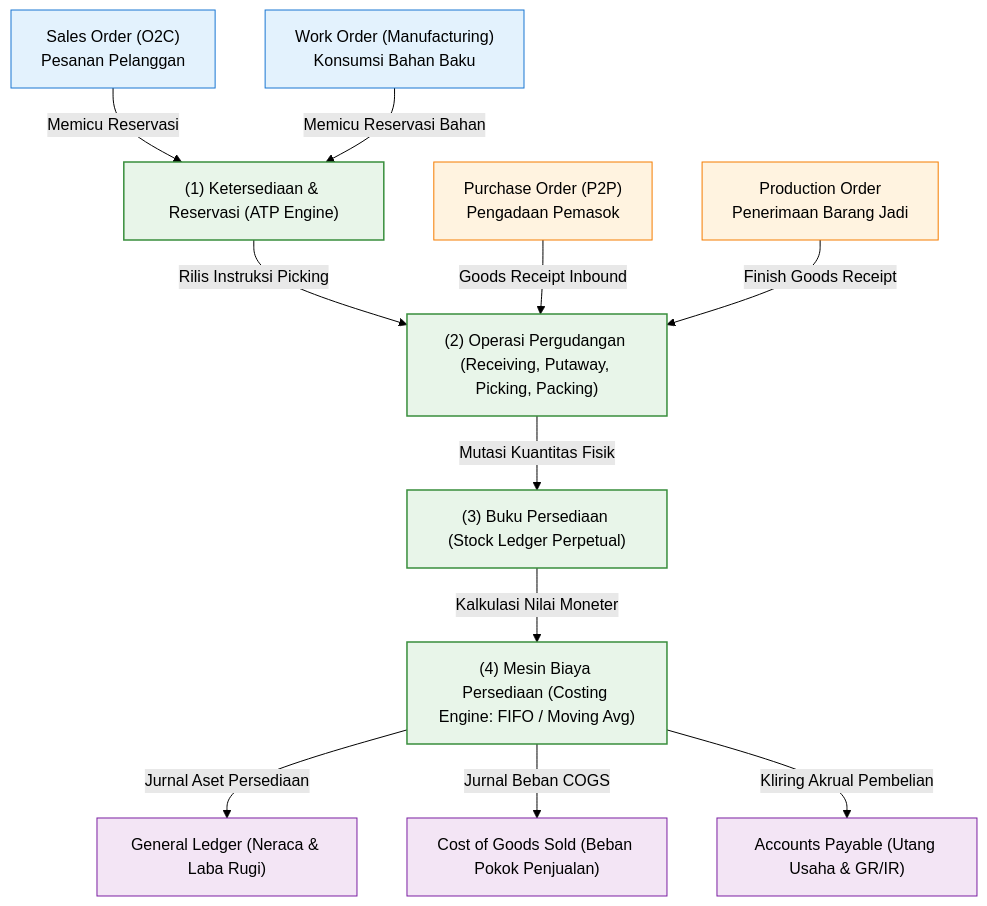
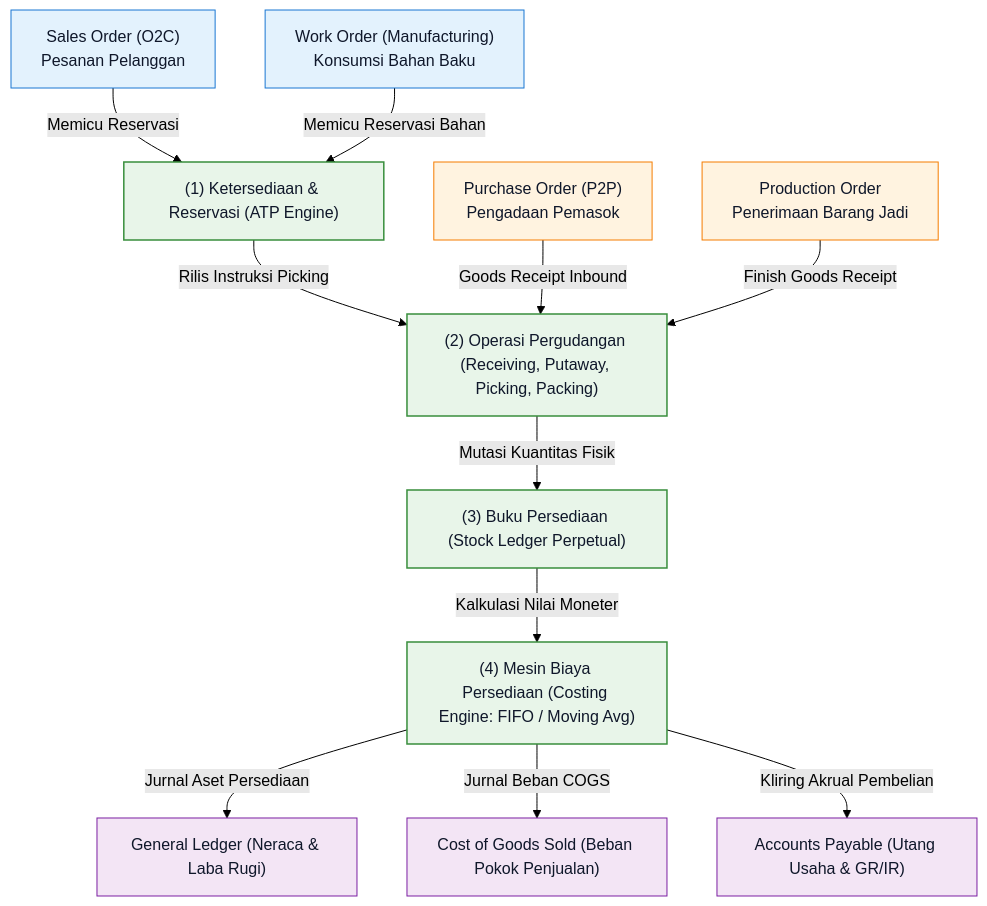
The first of 2 diagrams in content/05-inventory/inventory-integration.md (alimurrofid/erp-notes), drawn with Mermaid (forest theme) before and after one commit. The commit also changed 15 other files, not shown here.

Commit message:
fix(content):Mermaid classDef darkmode text color

````diff
--- a/content/05-inventory/inventory-integration.md
+++ b/content/05-inventory/inventory-integration.md
@@ -30,41 +30,41 @@
 ```mermaid
 flowchart TD
     SO["Sales Order (O2C)<br/>Pesanan Pelanggan"]
     WO["Work Order (Manufacturing)<br/>Konsumsi Bahan Baku"]
 
     PO["Purchase Order (P2P)<br/>Pengadaan Pemasok"]
     PROD["Production Order<br/>Penerimaan Barang Jadi"]
 
     ATP["(1) Ketersediaan & Reservasi (ATP Engine)"]
     WM["(2) Operasi Pergudangan (Receiving, Putaway, Picking, Packing)"]
     Ledger["(3) Buku Persediaan (Stock Ledger Perpetual)"]
     Valuation["(4) Mesin Biaya Persediaan (Costing Engine: FIFO / Moving Avg)"]
 
     GL["General Ledger (Neraca & Laba Rugi)"]
     AP["Accounts Payable (Utang Usaha & GR/IR)"]
     COGS["Cost of Goods Sold (Beban Pokok Penjualan)"]
 
     SO -->|"Memicu Reservasi"| ATP
     WO -->|"Memicu Reservasi Bahan"| ATP
     ATP -->|"Rilis Instruksi Picking"| WM
     
     PO -->|"Goods Receipt Inbound"| WM
     PROD -->|"Finish Goods Receipt"| WM
     
     WM -->|"Mutasi Kuantitas Fisik"| Ledger
     Ledger -->|"Kalkulasi Nilai Moneter"| Valuation
     
     Valuation -->|"Jurnal Aset Persediaan"| GL
     Valuation -->|"Jurnal Beban COGS"| COGS
     Valuation -->|"Kliring Akrual Pembelian"| AP
 
-    classDef demand fill:#e3f2fd,stroke:#1976d2,stroke-width:1px;
-    classDef supply fill:#fff3e0,stroke:#f57c00,stroke-width:1px;
-    classDef core fill:#e8f5e9,stroke:#388e3c,stroke-width:1.5px;
-    classDef fin fill:#f3e5f5,stroke:#7b1fa2,stroke-width:1px;
+    classDef demand fill:#e3f2fd,stroke:#1976d2,stroke-width:1px,color:#0f172a;
+    classDef supply fill:#fff3e0,stroke:#f57c00,stroke-width:1px,color:#0f172a;
+    classDef core fill:#e8f5e9,stroke:#388e3c,stroke-width:1.5px,color:#0f172a;
+    classDef fin fill:#f3e5f5,stroke:#7b1fa2,stroke-width:1px,color:#0f172a;
 
     class SO,WO demand;
     class PO,PROD supply;
     class ATP,WM,Ledger,Valuation core;
     class GL,AP,COGS fin;
 ```
````
